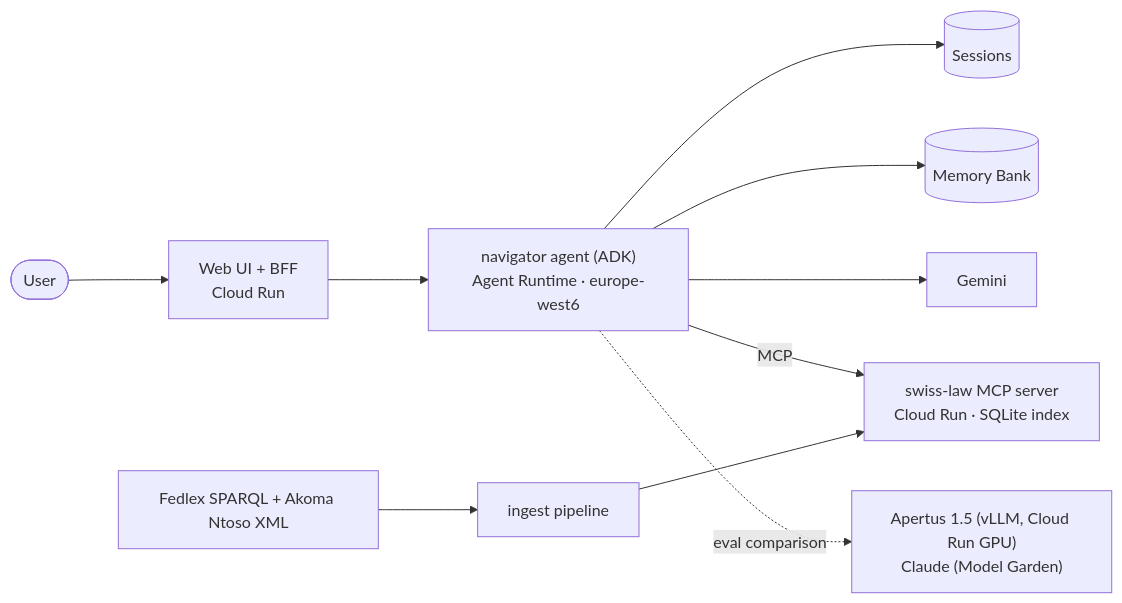
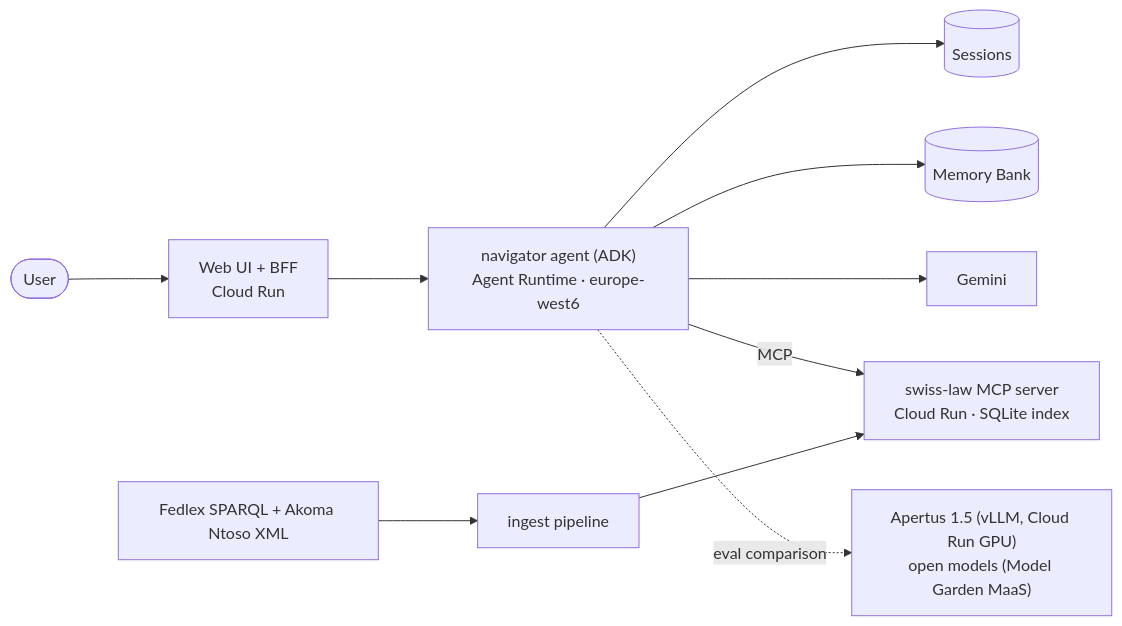
Before and after one commit to nikext/swiss-admin-navigator: the diagram in README.md, drawn with Mermaid. The commit also changed other lines of this file and 16 other files, not shown here.

First line of the commit message:
M4 follow-up: open-model judges on MaaS; Flash stays, Qwen3 as cross-family check (ADR-026) (#8)

````diff
--- a/README.md
+++ b/README.md
@@ -37,11 +37,11 @@
 ```mermaid
 flowchart LR
   U([User]) --> W["Web UI + BFF<br/>Cloud Run"]
   W --> A["navigator agent (ADK)<br/>Agent Runtime · europe-west6"]
   A --> S[(Sessions)]
   A --> M[(Memory Bank)]
   A --> G[Gemini]
   A -- MCP --> L["swiss-law MCP server<br/>Cloud Run · SQLite index"]
   F[Fedlex SPARQL + Akoma Ntoso XML] --> I[ingest pipeline] --> L
-  A -. eval comparison .-> P["Apertus 1.5 (vLLM, Cloud Run GPU)<br/>Claude (Model Garden)"]
+  A -. eval comparison .-> P["Apertus 1.5 (vLLM, Cloud Run GPU)<br/>open models (Model Garden MaaS)"]
 ```
````
